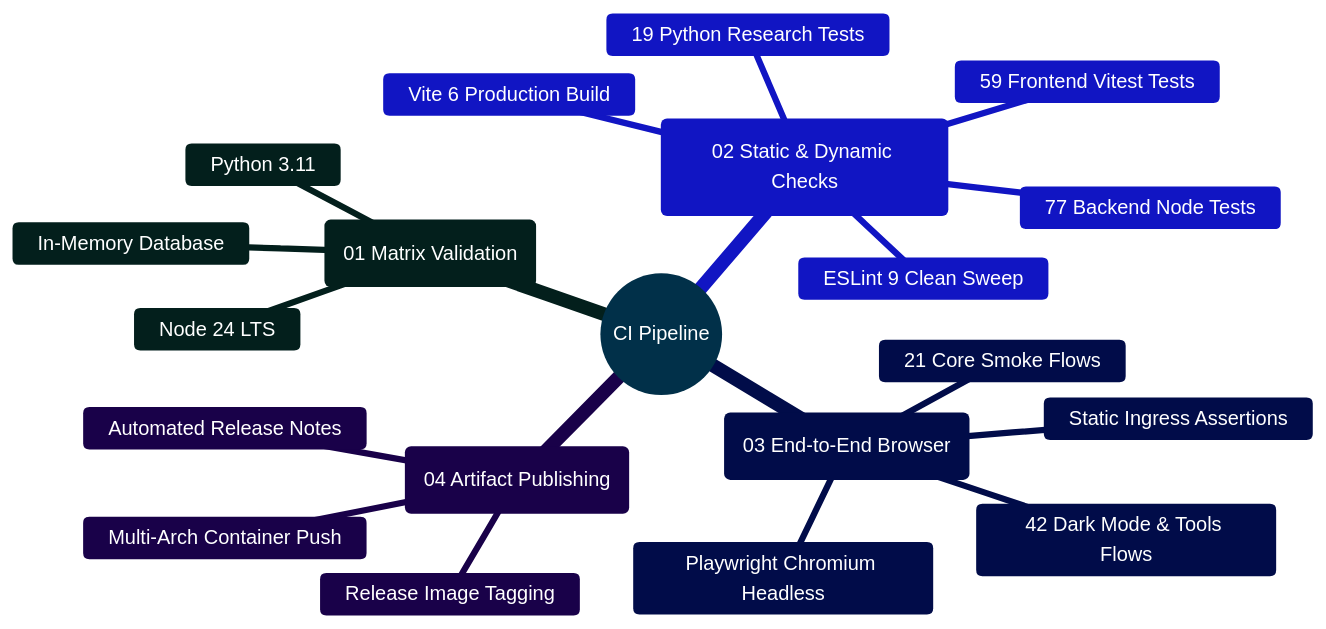
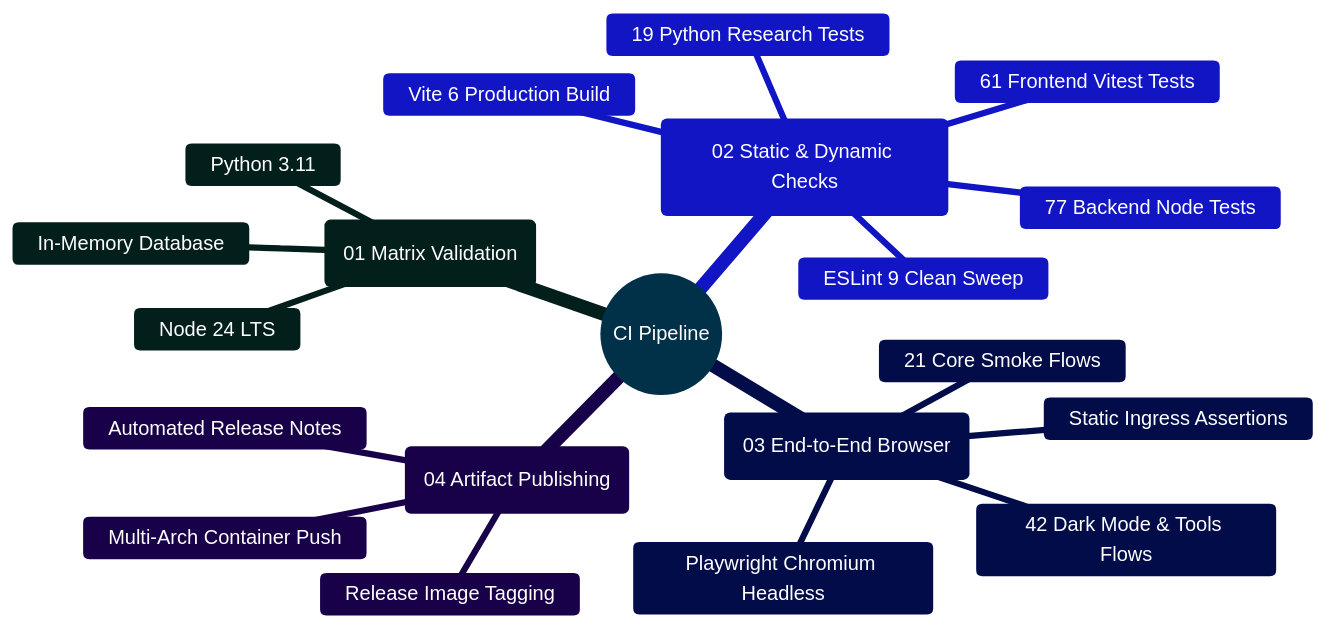
The second of 2 diagrams in output/project-review/PROJECT_ANALYSIS.md (Ganesh172919/React-App-LLM), drawn with Mermaid before and after one commit. The commit also changed other lines of this file and 32 other files, not shown here.

````diff
--- a/output/project-review/PROJECT_ANALYSIS.md
+++ b/output/project-review/PROJECT_ANALYSIS.md
@@ -251,25 +251,25 @@
 ```mermaid
 %%{init: {'theme': 'base', 'themeVariables': { 'primaryColor': '#0284c7', 'primaryTextColor': '#ffffff', 'primaryBorderColor': '#0369a1', 'lineColor': '#0284c7', 'secondaryColor': '#0d9488', 'tertiaryColor': '#6366f1' }}}%%
 mindmap
   root((CI Pipeline))
     ::icon(fa fa-cogs)
     (01 Matrix Validation)
       Node 24 LTS
       Python 3.11
       In-Memory Database
     (02 Static & Dynamic Checks)
       ESLint 9 Clean Sweep
       Vite 6 Production Build
       77 Backend Node Tests
-      59 Frontend Vitest Tests
+      61 Frontend Vitest Tests
       19 Python Research Tests
     (03 End-to-End Browser)
       Playwright Chromium Headless
       21 Core Smoke Flows
       42 Dark Mode & Tools Flows
       Static Ingress Assertions
     (04 Artifact Publishing)
       Release Image Tagging
       Multi-Arch Container Push
       Automated Release Notes
 ```
````
